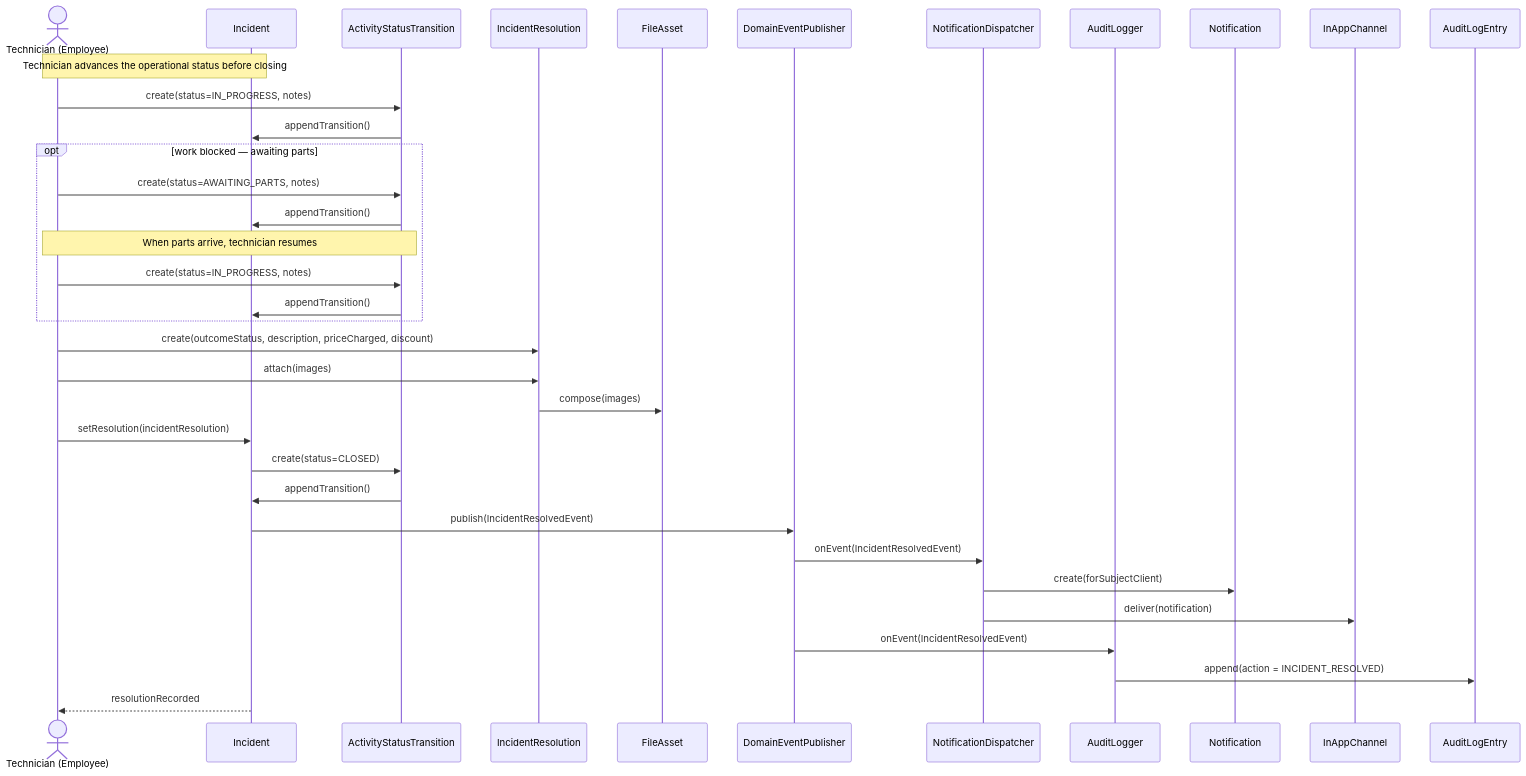
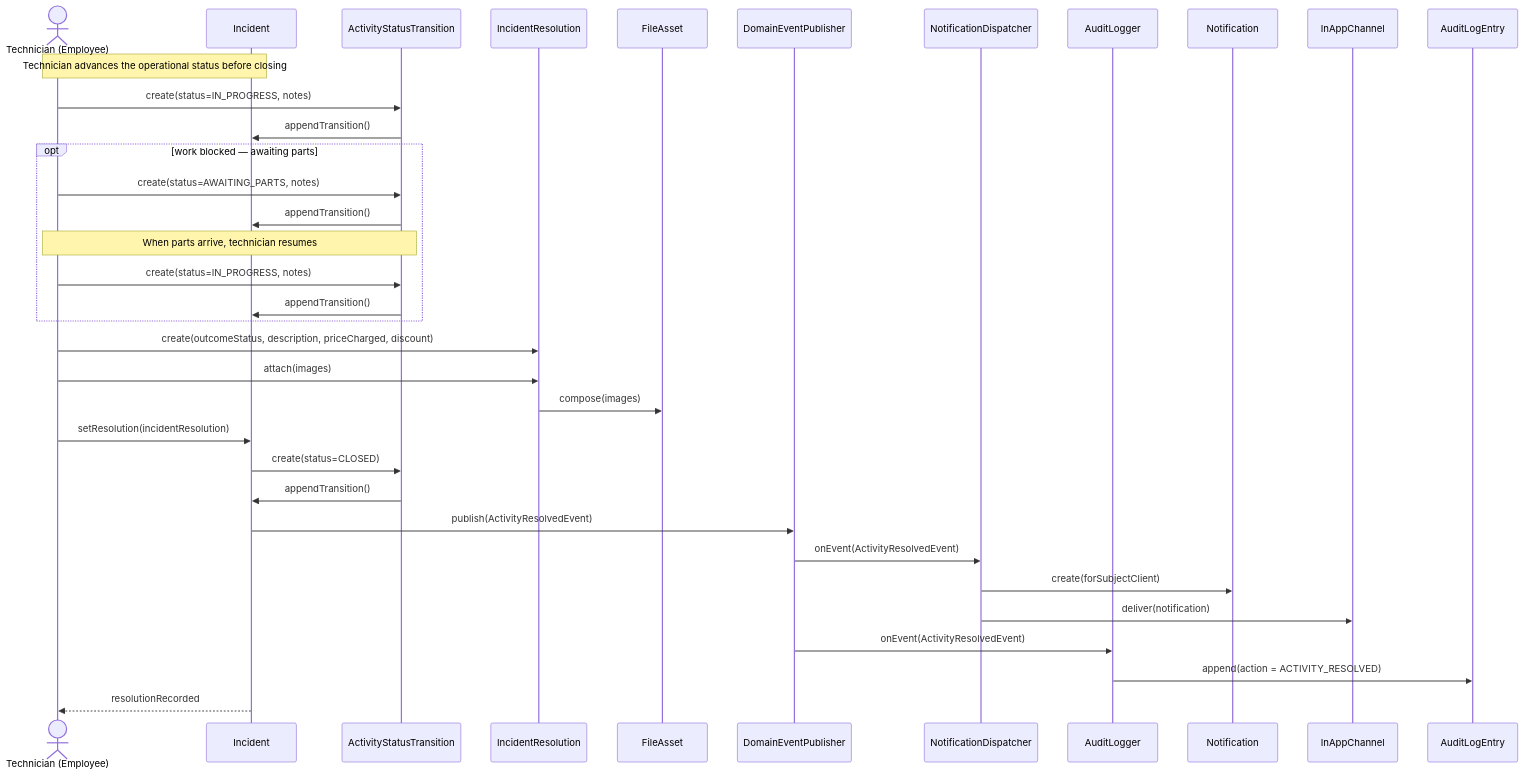
The second of 16 diagrams in docs/CMMS-AnalysisWorkflow.md (mariogarcia79/cmms-platform), drawn with Mermaid before and after one commit. The commit also changed other lines of this file, not shown here.

Commit message:
docs: check use cases, fix typos with event types and arguments

````diff
--- a/docs/CMMS-AnalysisWorkflow.md
+++ b/docs/CMMS-AnalysisWorkflow.md
@@ -207,35 +207,35 @@
 ```mermaid
 sequenceDiagram
     actor Technician as Technician (Employee)
     participant Incident
     participant AST as ActivityStatusTransition
     participant IncidentResolution
     participant FileAsset
     participant Publisher as DomainEventPublisher
     participant Notifier as NotificationDispatcher
     participant Auditor as AuditLogger
 
     Note over Technician,Incident: Technician advances the operational status before closing
     Technician->>AST: create(status=IN_PROGRESS, notes)
     AST->>Incident: appendTransition()
     opt work blocked — awaiting parts
         Technician->>AST: create(status=AWAITING_PARTS, notes)
         AST->>Incident: appendTransition()
         Note over Technician,AST: When parts arrive, technician resumes
         Technician->>AST: create(status=IN_PROGRESS, notes)
         AST->>Incident: appendTransition()
     end
     Technician->>IncidentResolution: create(outcomeStatus, description, priceCharged, discount)
     Technician->>IncidentResolution: attach(images)
     IncidentResolution->>FileAsset: compose(images)
     Technician->>Incident: setResolution(incidentResolution)
     Incident->>AST: create(status=CLOSED)
     AST->>Incident: appendTransition()
-    Incident->>Publisher: publish(IncidentResolvedEvent)
-    Publisher->>Notifier: onEvent(IncidentResolvedEvent)
+    Incident->>Publisher: publish(ActivityResolvedEvent)
+    Publisher->>Notifier: onEvent(ActivityResolvedEvent)
     Notifier->>Notification: create(forSubjectClient)
     Notifier->>InAppChannel: deliver(notification)
-    Publisher->>Auditor: onEvent(IncidentResolvedEvent)
-    Auditor->>AuditLogEntry: append(action = INCIDENT_RESOLVED)
+    Publisher->>Auditor: onEvent(ActivityResolvedEvent)
+    Auditor->>AuditLogEntry: append(action = ACTIVITY_RESOLVED)
     Incident-->>Technician: resolutionRecorded
 ```
````
